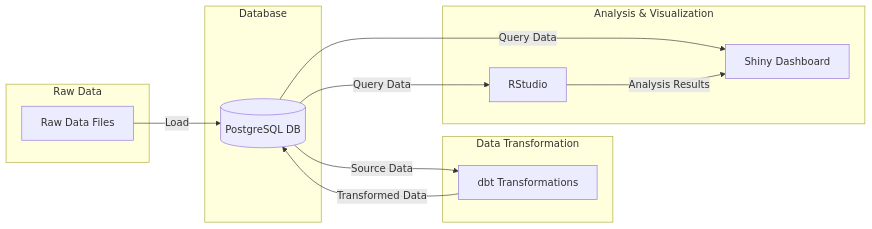
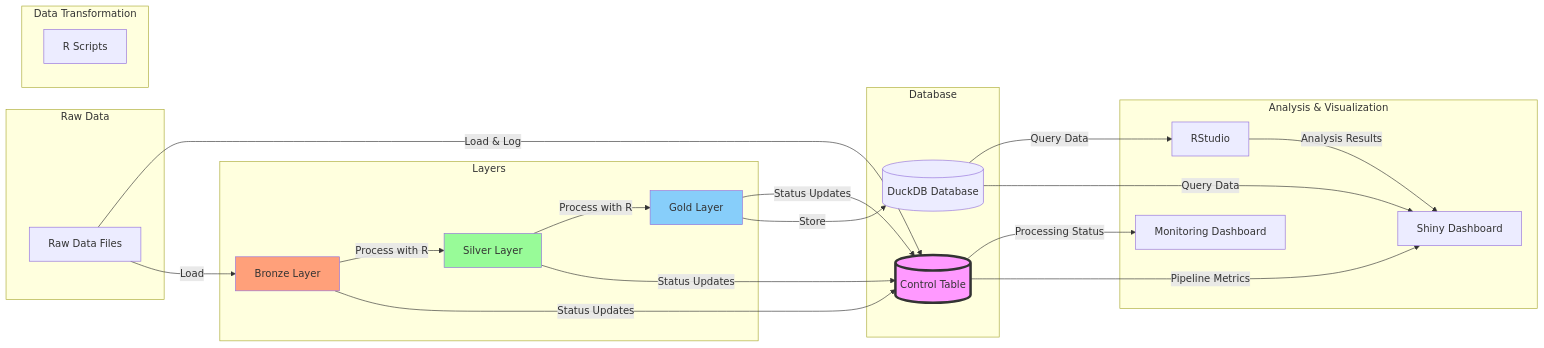
One commit to TheDataShrink/TheDataShrink.github.io changed the diagram in use-cases/02-data-reception.qmd. Above: the diagram before and after it, drawn with Mermaid. The commit also changed other lines of this file and 27 other files, not shown here.

````diff
--- a/use-cases/02-data-reception.qmd
+++ b/use-cases/02-data-reception.qmd
@@ -31,26 +31,56 @@
 ```{mermaid}
 flowchart LR
     subgraph Raw Data
         RD[Raw Data Files]
     end
 
     subgraph Database
-        PG[(PostgreSQL DB)]
+        PG[(DuckDB Database)]
+        CT[(Control Table)]
     end
 
     subgraph Data Transformation
-        DBT[dbt Transformations]
+        R[R Scripts]
+    end
+
+    subgraph Layers
+        BZ[Bronze Layer]
+        SL[Silver Layer]
+        GL[Gold Layer]
     end
 
     subgraph Analysis & Visualization
         RS[RStudio]
         SH[Shiny Dashboard]
+        MT[Monitoring Dashboard]
     end
 
-    RD -->|Load| PG
-    PG -->|Source Data| DBT
-    DBT -->|Transformed Data| PG
+    %% Data Ingestion and Logging
+    RD -->|Load & Log| CT
+    RD -->|Load| BZ
+
+    %% Data Transformation with R
+    BZ -->|Process with R| SL
+    SL -->|Process with R| GL
+
+    %% Status Updates to Control Table
+    BZ & SL & GL -->|Status Updates| CT
+
+    %% Storing Processed Data
+    GL -->|Store| PG
+
+    %% Analysis and Visualization
     PG -->|Query Data| RS
     PG -->|Query Data| SH
     RS -->|Analysis Results| SH
+
+    %% Monitoring and Reporting
+    CT -->|Processing Status| MT
+    CT -->|Pipeline Metrics| SH
+
+    %% Styling Nodes
+    style CT fill:#f9f,stroke:#333,stroke-width:4px
+    style BZ fill:#ffa07a
+    style SL fill:#98fb98
+    style GL fill:#87cefa
 ```
````
